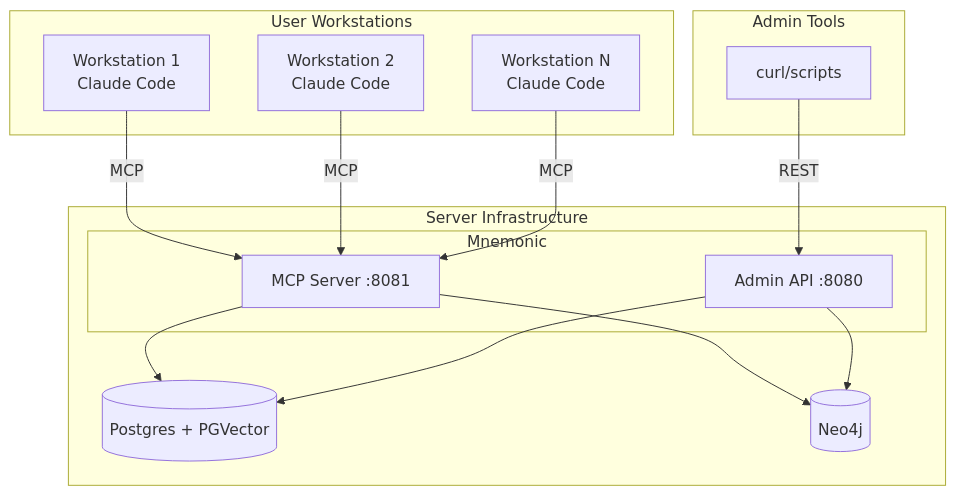
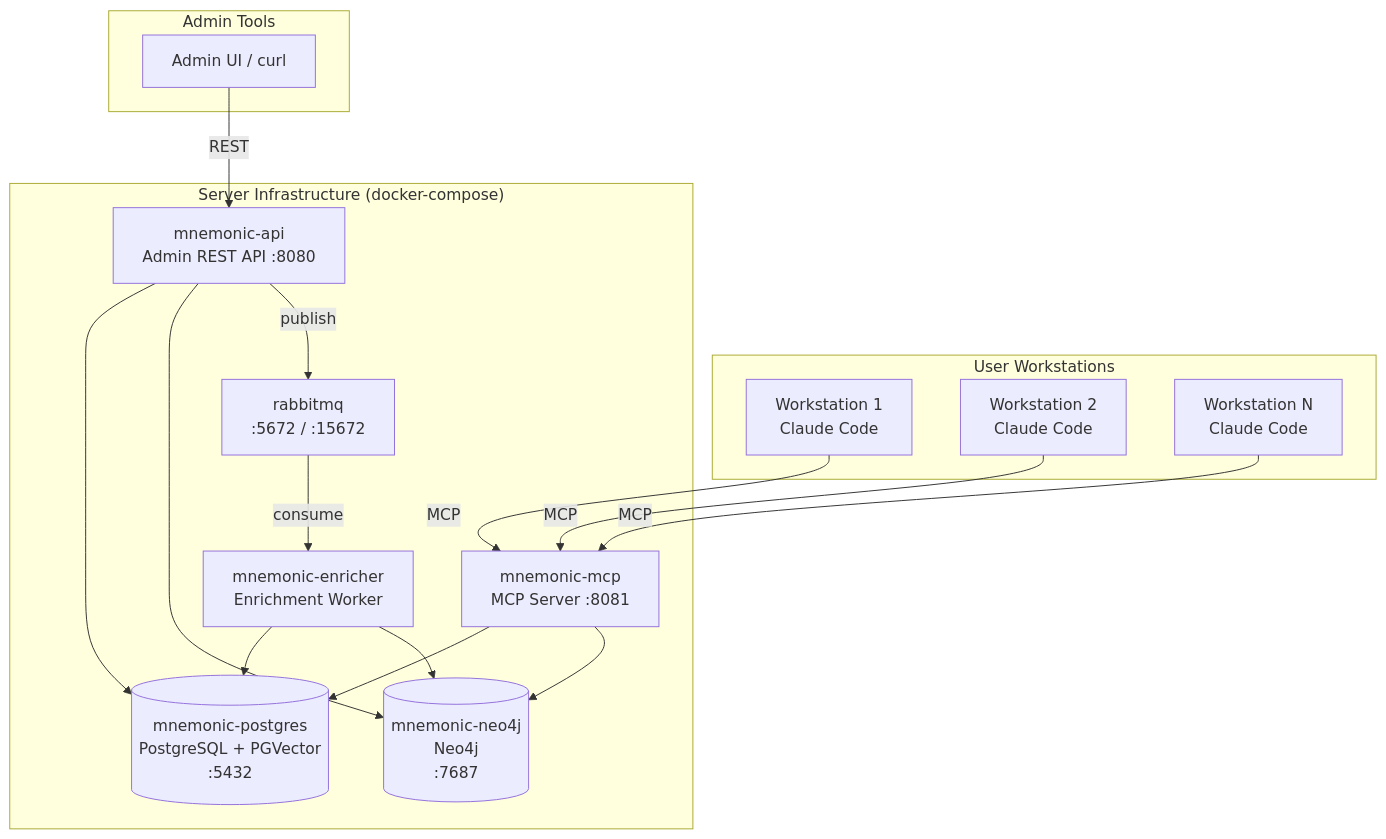
One commit to twistingmercury/mnemonic-docs changed the first of 5 diagrams in docs/architecture/system/06-deployment-architecture.md. Above: the diagram before and after it, drawn with Mermaid. The commit also changed other lines of this file, not shown here.

Commit message:
docs: rewrite deployment architecture for MVP 2 multi-service topology

````diff
--- a/docs/architecture/system/06-deployment-architecture.md
+++ b/docs/architecture/system/06-deployment-architecture.md
@@ -27,30 +25,34 @@
 ```mermaid
 graph TB
     subgraph "User Workstations"
         WS1[Workstation 1<br/>Claude Code]
         WS2[Workstation 2<br/>Claude Code]
         WS3[Workstation N<br/>Claude Code]
     end
 
     subgraph "Admin Tools"
-        ADMIN[curl/scripts]
+        ADMIN[Admin UI / curl]
     end
 
-    subgraph "Server Infrastructure"
-        subgraph "Mnemonic"
-            MCP[MCP Server :8081]
-            REST[Admin API :8080]
-        end
-        PG[(Postgres + PGVector)]
-        NEO[(Neo4j)]
+    subgraph "Server Infrastructure (docker-compose)"
+        MCP[mnemonic-mcp<br/>MCP Server :8081]
+        API[mnemonic-api<br/>Admin REST API :8080]
+        ENRICHER[mnemonic-enricher<br/>Enrichment Worker]
+        RMQ[rabbitmq<br/>:5672 / :15672]
+        PG[(mnemonic-postgres<br/>PostgreSQL + PGVector<br/>:5432)]
+        NEO[(mnemonic-neo4j<br/>Neo4j<br/>:7687)]
     end
 
     WS1 -->|"MCP"| MCP
     WS2 -->|"MCP"| MCP
     WS3 -->|"MCP"| MCP
-    ADMIN -->|"REST"| REST
+    ADMIN -->|"REST"| API
     MCP --> PG
     MCP --> NEO
-    REST --> PG
-    REST --> NEO
+    API --> PG
+    API --> NEO
+    API -->|"publish"| RMQ
+    RMQ -->|"consume"| ENRICHER
+    ENRICHER --> PG
+    ENRICHER --> NEO
 ```
````
